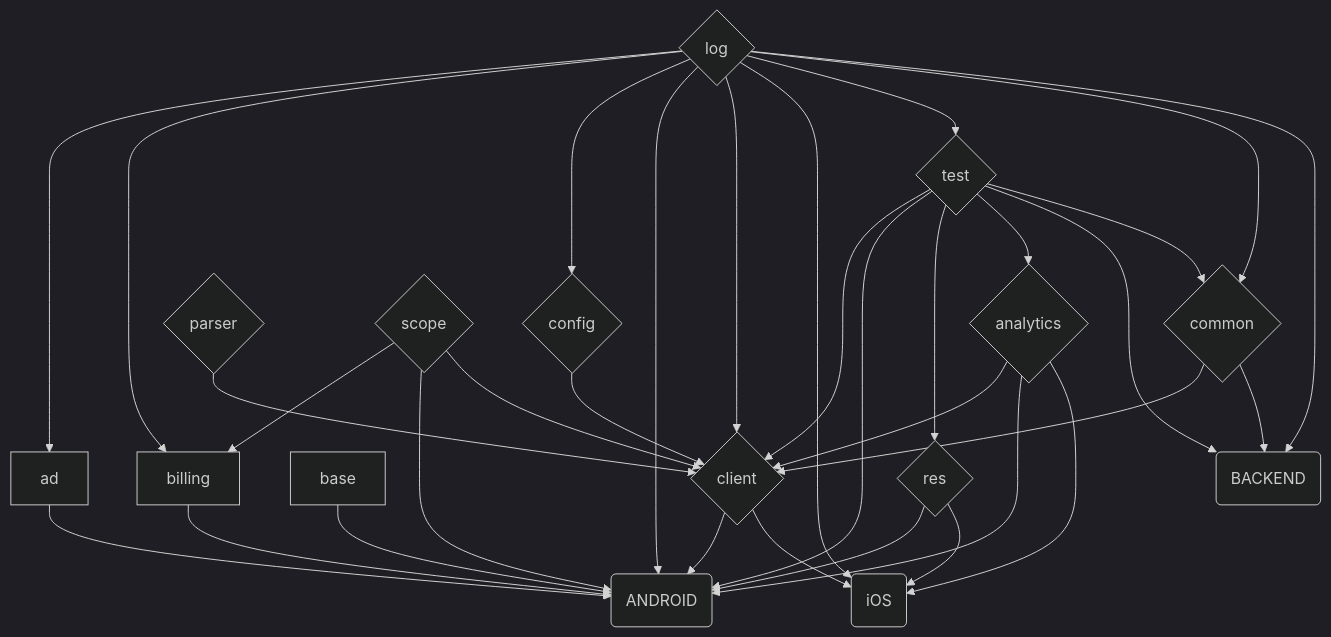
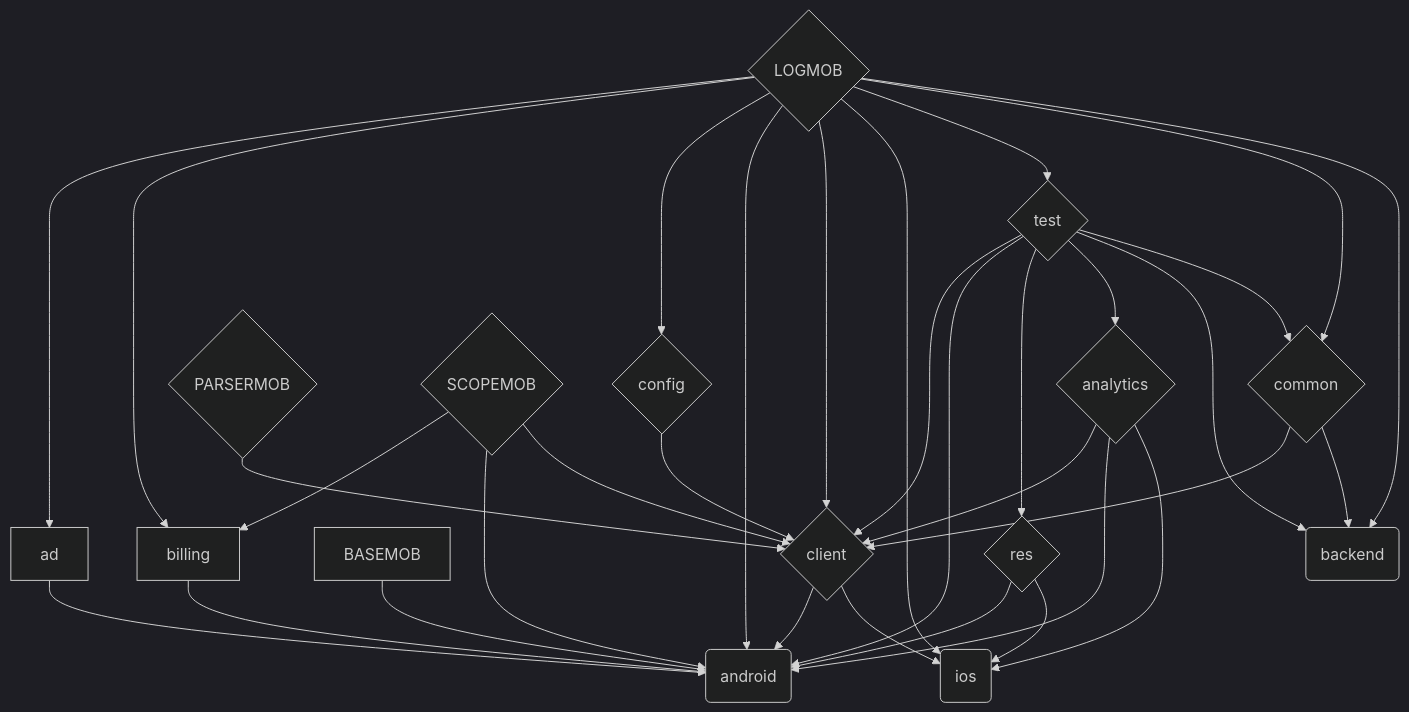
Before and after one commit to Oztechan/CCC: the first of 3 diagrams in README.md, drawn with Mermaid (dark theme). The commit also changed other lines of this file and 12 other files, not shown here.

````diff
--- a/README.md
+++ b/README.md
@@ -28,66 +28,66 @@
 ```mermaid
 graph TD;
 
-ad-->ANDROID
+ad-->android
 
-billing-->ANDROID
+billing-->android
 
-base --> ANDROID
+BASEMOB --> android
 
 test --> client
-test --> ANDROID
+test --> android
 test --> res
 test --> analytics
-test --> BACKEND
+test --> backend
 test --> common
 
-parser --> client
+PARSERMOB --> client
 
-scope --> billing
-scope --> ANDROID
-scope --> client
+SCOPEMOB --> billing
+SCOPEMOB --> android
+SCOPEMOB --> client
 
 config-->client
 
 analytics-->client
-analytics --> ANDROID
-analytics --> iOS
+analytics --> android
+analytics --> ios
 
-client-->ANDROID
-client-->iOS
+client-->android
+client-->ios
 
-res-->ANDROID
-res-->iOS
+res-->android
+res-->ios
 
-log --> ad
-log --> billing
-log --> config
-log --> ANDROID
-log --> client
-log --> iOS
-log --> test
-log --> common
-log --> BACKEND
+LOGMOB --> ad
+LOGMOB --> billing
+LOGMOB --> config
+LOGMOB --> android
+LOGMOB --> client
+LOGMOB --> ios
+LOGMOB --> test
+LOGMOB --> common
+LOGMOB --> backend
 
 
 common-->client
-common-->BACKEND
+common-->backend
 
-log{log}
+LOGMOB{LOGMOB}
 test{test}
 analytics{analytics}
 common{common}
 client{client}
-scope{scope}
+SCOPEMOB{SCOPEMOB}
 config{config}
 res{res}
-parser{parser}
+PARSERMOB{PARSERMOB}
 
 ad
 billing
-base
+BASEMOB
 
-ANDROID(ANDROID)
-iOS(iOS)
-BACKEND(BACKEND)
+android(android)
+ios(ios)
+backend(backend)
 ```
````
